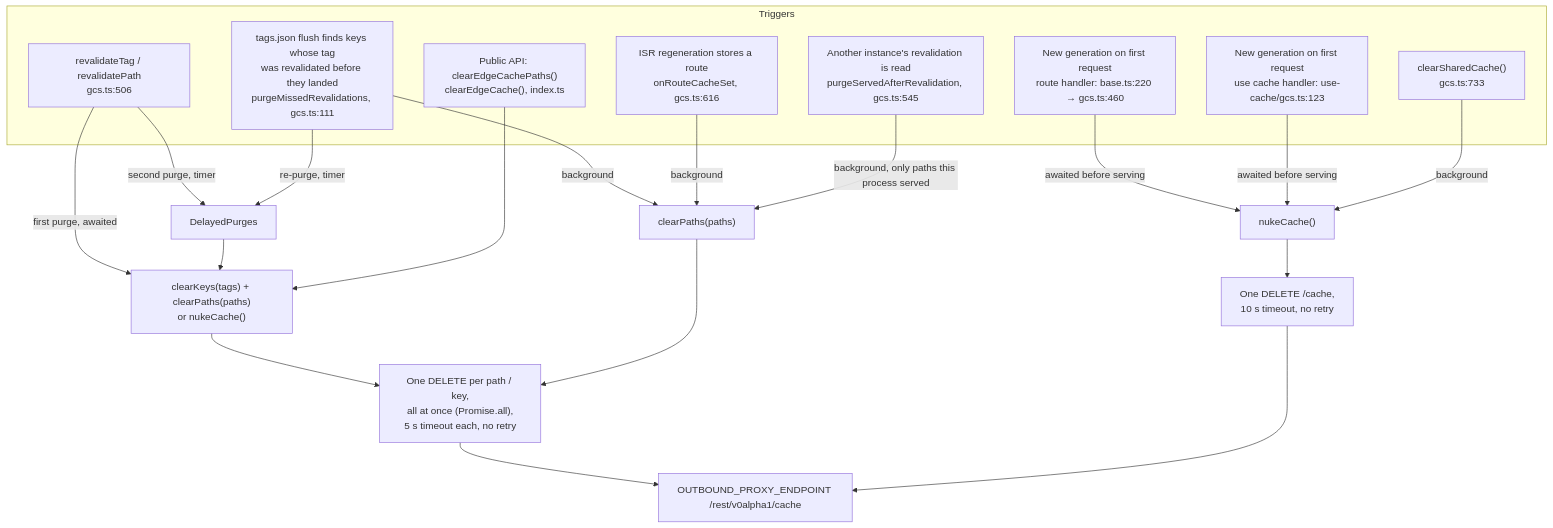
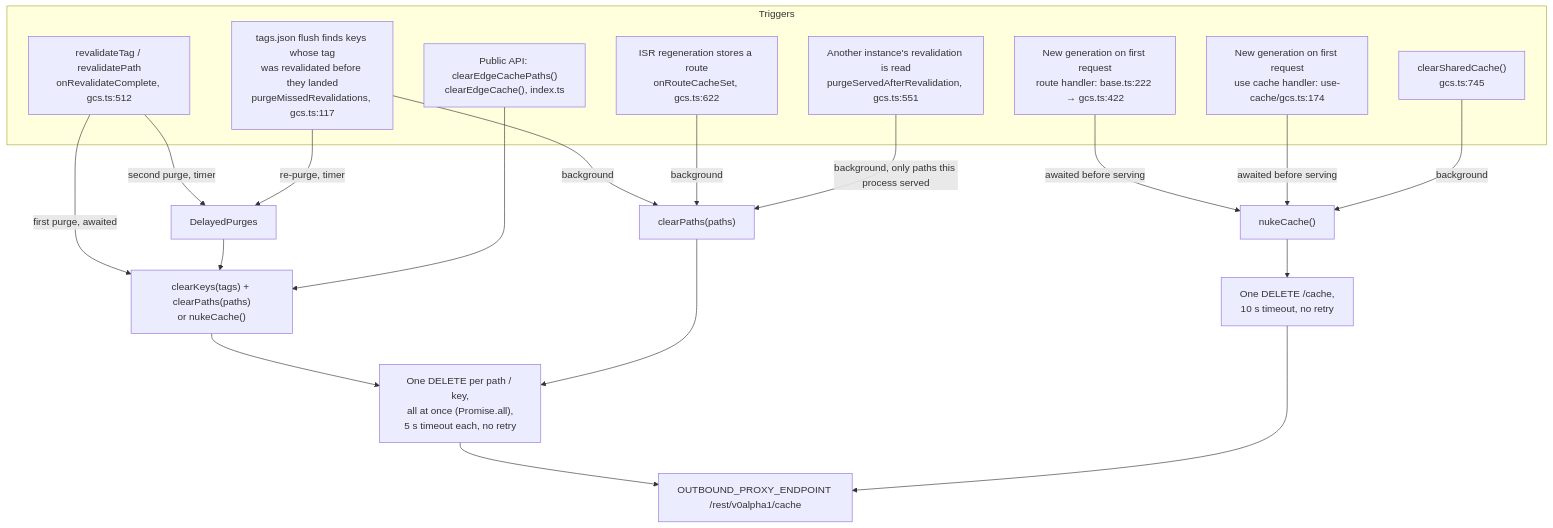
Before and after one commit to pantheon-systems/nextjs-cache-handler: the fourth of 5 diagrams in ARCHITECTURE.md, drawn with Mermaid. The commit also changed other lines of this file, not shown here.

````diff
--- a/ARCHITECTURE.md
+++ b/ARCHITECTURE.md
@@ -176,31 +184,31 @@
 ```mermaid
 flowchart TB
   subgraph triggers["Triggers"]
-    t1["revalidateTag / revalidatePath<br/>gcs.ts:506"]
-    t2["ISR regeneration stores a route<br/>onRouteCacheSet, gcs.ts:616"]
-    t3["tags.json flush finds keys whose tag<br/>was revalidated before they landed<br/>purgeMissedRevalidations, gcs.ts:111"]
-    t4["New generation on first request<br/>route handler: base.ts:220 → gcs.ts:460"]
-    t5["New generation on first request<br/>use cache handler: use-cache/gcs.ts:123"]
-    t6["clearSharedCache()<br/>gcs.ts:733"]
-    t8["Another instance's revalidation is read<br/>purgeServedAfterRevalidation, gcs.ts:545"]
+    t1["revalidateTag / revalidatePath<br/>onRevalidateComplete, gcs.ts:512"]
+    t2["ISR regeneration stores a route<br/>onRouteCacheSet, gcs.ts:622"]
+    t3["tags.json flush finds keys whose tag<br/>was revalidated before they landed<br/>purgeMissedRevalidations, gcs.ts:117"]
+    t4["New generation on first request<br/>route handler: base.ts:222 → gcs.ts:422"]
+    t5["New generation on first request<br/>use cache handler: use-cache/gcs.ts:174"]
+    t6["clearSharedCache()<br/>gcs.ts:745"]
+    t8["Another instance's revalidation is read<br/>purgeServedAfterRevalidation, gcs.ts:551"]
     t7["Public API: clearEdgeCachePaths()<br/>clearEdgeCache(), index.ts"]
   end
 
   t1 -- "first purge, awaited" --> keysPaths["clearKeys(tags) + clearPaths(paths)<br/>or nukeCache()"]
   t1 -- "second purge, timer" --> dp[DelayedPurges]
   t3 -- "background" --> paths1["clearPaths(paths)"]
   t3 -- "re-purge, timer" --> dp
   dp --> keysPaths
   t2 -- "background" --> paths1
   t4 -- "awaited before serving" --> nuke["nukeCache()"]
   t5 -- "awaited before serving" --> nuke
   t6 -- "background" --> nuke
   t7 --> keysPaths
   t8 -- "background, only paths this process served" --> paths1
 
   keysPaths --> fan["One DELETE per path / key,<br/>all at once (Promise.all),<br/>5 s timeout each, no retry"]
   paths1 --> fan
   nuke --> one["One DELETE /cache,<br/>10 s timeout, no retry"]
   fan --> proxy[OUTBOUND_PROXY_ENDPOINT /rest/v0alpha1/cache]
   one --> proxy
 ```
````
